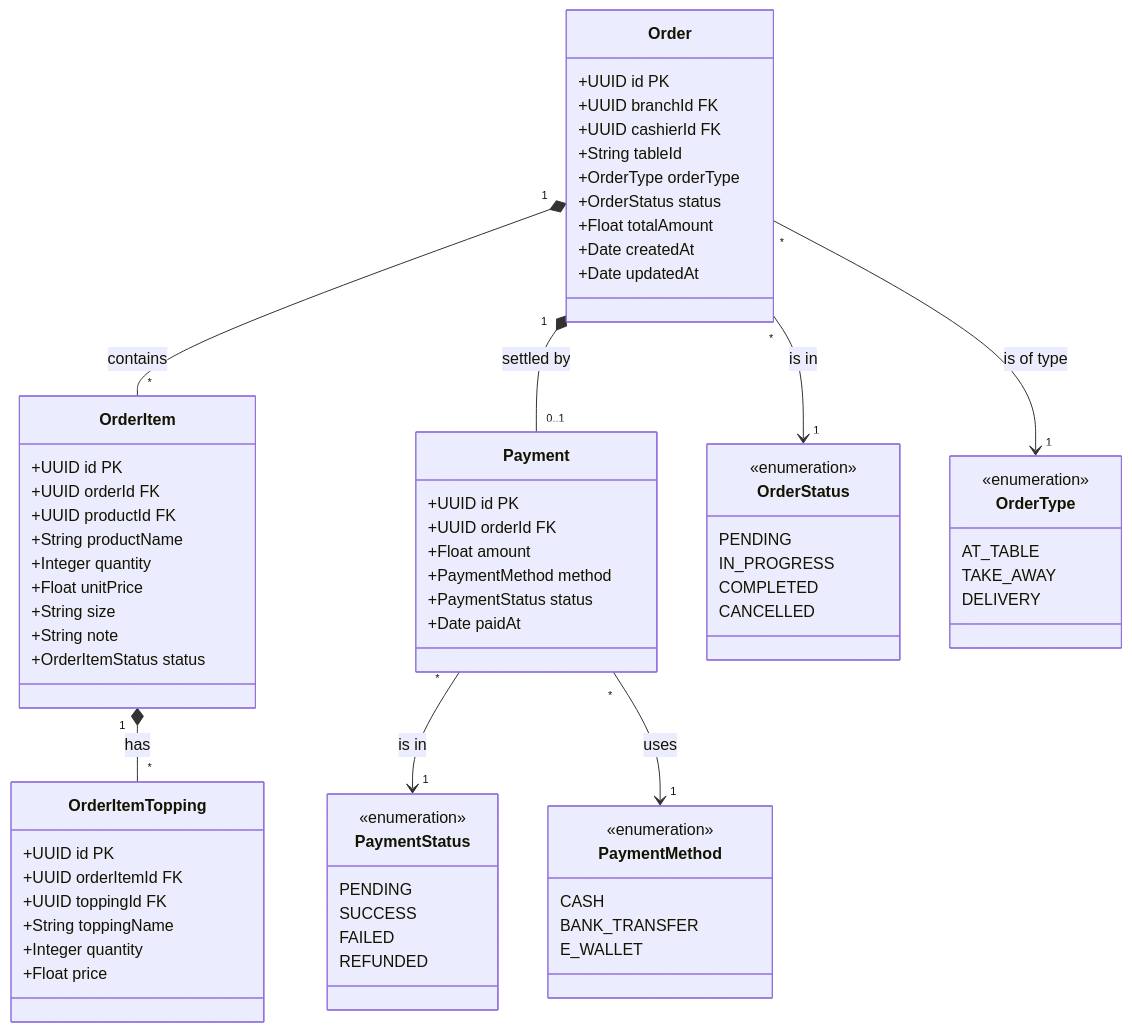
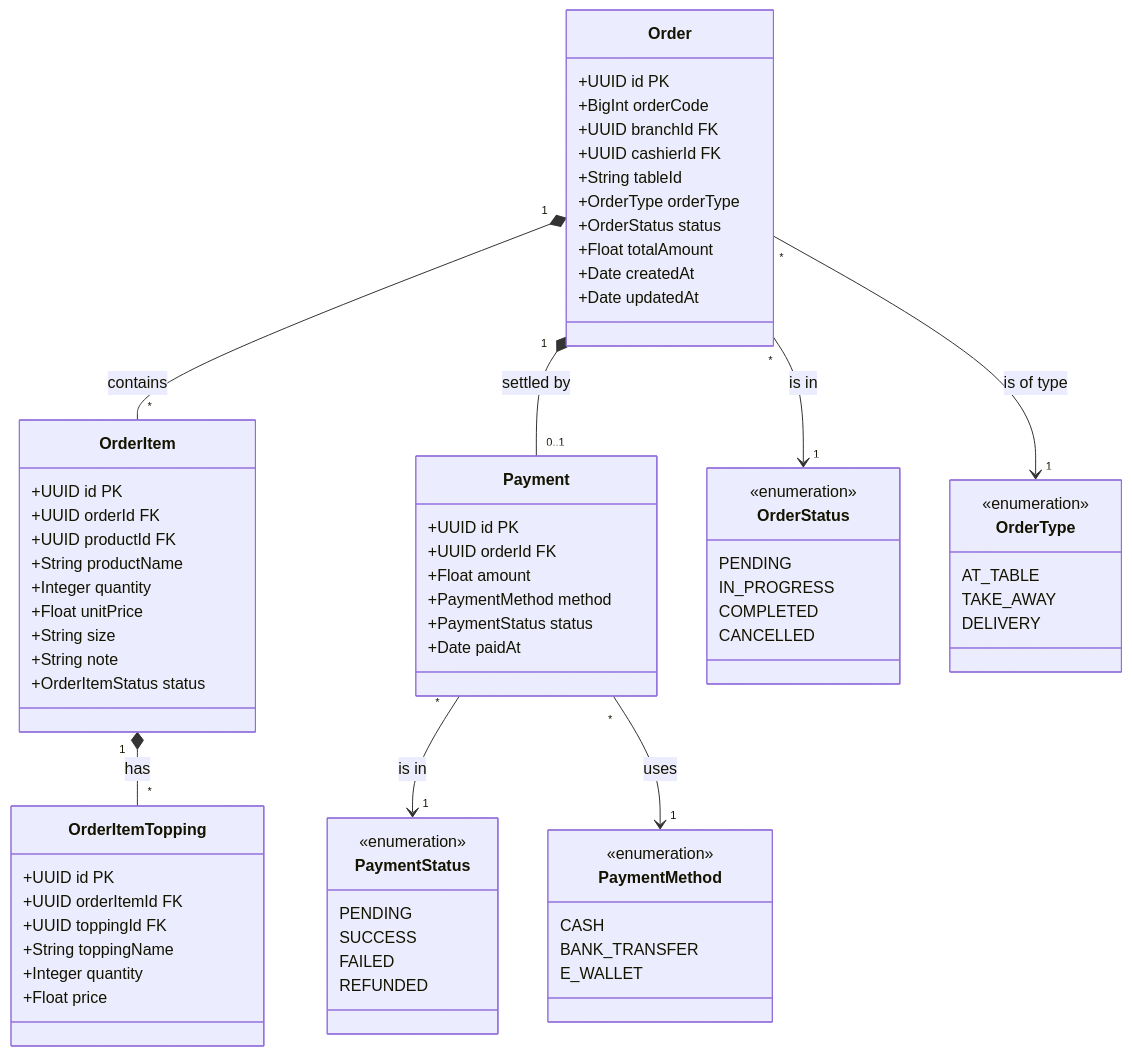
Before and after one commit to pnwang1704/KLTN_N70: the third of 5 diagrams in docs/CLASS_DIAGRAMS.md, drawn with Mermaid. The commit also changed 3 other files, not shown here.

```diff
--- a/docs/CLASS_DIAGRAMS.md
+++ b/docs/CLASS_DIAGRAMS.md
@@ -74,6 +74,7 @@
 
     class Order {
         +UUID id PK
+        +BigInt orderCode
         +UUID branchId FK
         +UUID cashierId FK
         +String tableId
```
